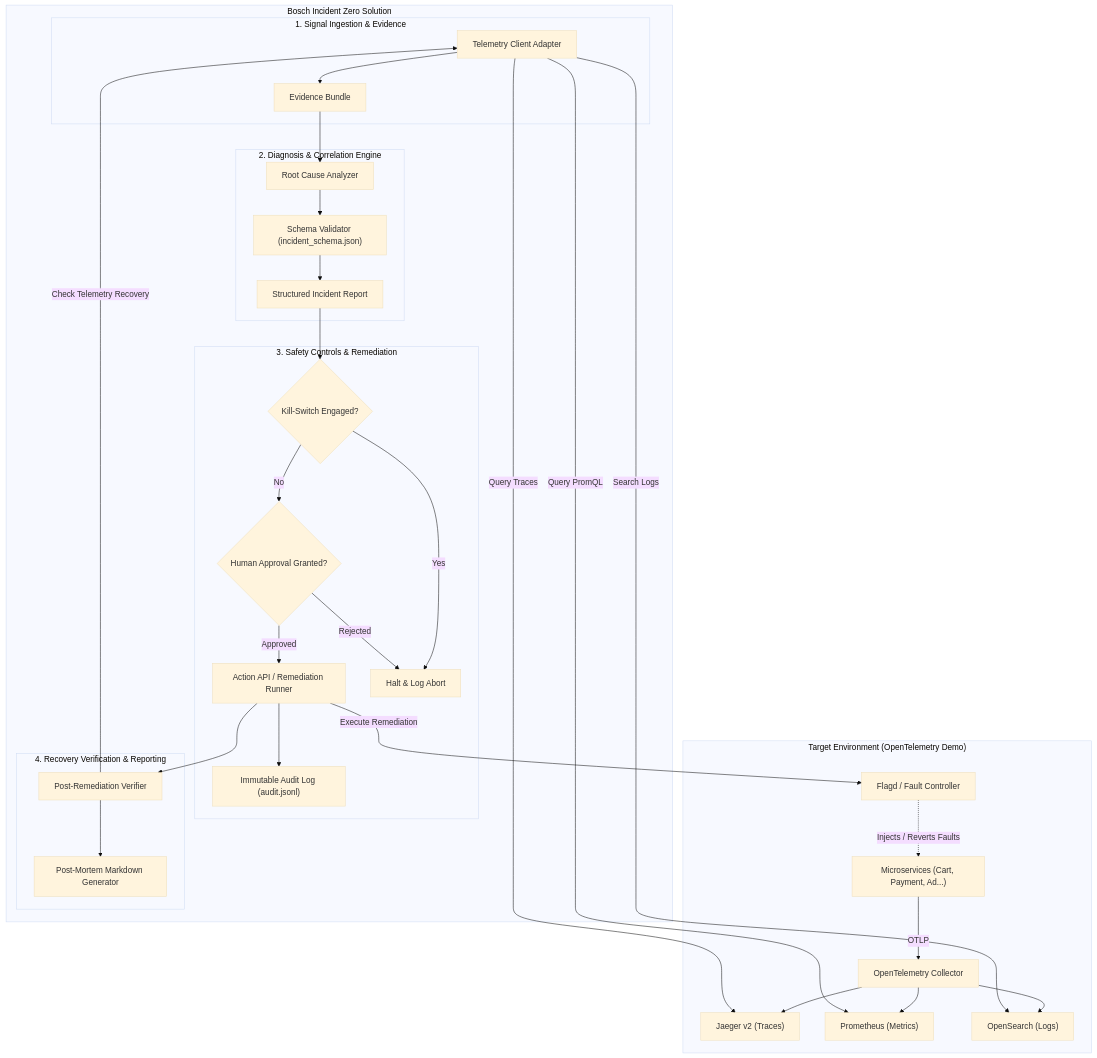
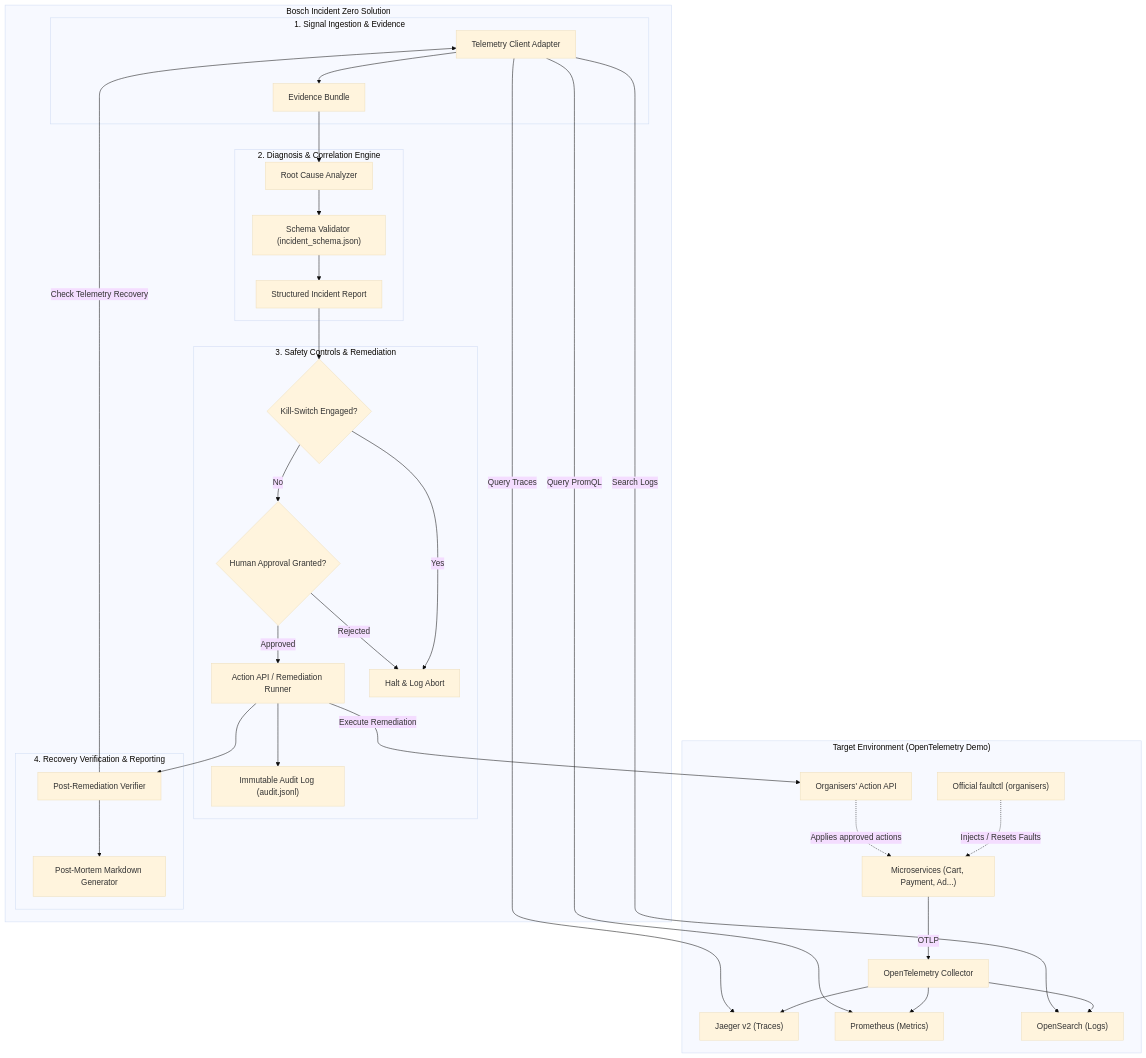
Before and after one commit to open-telemetry/opentelemetry-demo: the diagram in bosch-incident-zero/docs/ARCHITECTURE.md, drawn with Mermaid (base theme). The commit also changed other lines of this file and 6 other files, not shown here.

First line of the commit message:
Update the README and add the architecture, evaluation and team form docs

````diff
--- a/bosch-incident-zero/docs/ARCHITECTURE.md
+++ b/bosch-incident-zero/docs/ARCHITECTURE.md
@@ -7,60 +7,62 @@
 ```mermaid
 flowchart TD
     subgraph TargetEnv ["Target Environment (OpenTelemetry Demo)"]
         Services["Microservices (Cart, Payment, Ad...)"]
         Collector["OpenTelemetry Collector"]
         Jaeger["Jaeger v2 (Traces)"]
         Prometheus["Prometheus (Metrics)"]
         OpenSearch["OpenSearch (Logs)"]
-        Flagd["Flagd / Fault Controller"]
+        Faultctl["Official faultctl (organisers)"]
+        OrgAPI["Organisers' Action API"]
 
         Services -->|OTLP| Collector
         Collector --> Jaeger
         Collector --> Prometheus
         Collector --> OpenSearch
-        Flagd -.->|Injects / Reverts Faults| Services
+        Faultctl -.->|Injects / Resets Faults| Services
+        OrgAPI -.->|Applies approved actions| Services
     end
 
     subgraph BoschSolution ["Bosch Incident Zero Solution"]
         subgraph Ingestion ["1. Signal Ingestion & Evidence"]
             TClient["Telemetry Client Adapter"]
             TClient -->|Query Traces| Jaeger
             TClient -->|Query PromQL| Prometheus
             TClient -->|Search Logs| OpenSearch
             EB["Evidence Bundle"]
             TClient --> EB
         end
 
         subgraph Analysis ["2. Diagnosis & Correlation Engine"]
             Diag["Root Cause Analyzer"]
             EB --> Diag
             Schema["Schema Validator (incident_schema.json)"]
             Diag --> Schema
             IR["Structured Incident Report"]
             Schema --> IR
         end
 
         subgraph SafetyAndExecution ["3. Safety Controls & Remediation"]
             KillSwitch{"Kill-Switch Engaged?"}
             Gate{"Human Approval Granted?"}
             ActionAPI["Action API / Remediation Runner"]
             AuditLog["Immutable Audit Log (audit.jsonl)"]
 
             IR --> KillSwitch
             KillSwitch -- Yes --> Abort["Halt & Log Abort"]
             KillSwitch -- No --> Gate
             Gate -- Rejected --> Abort
             Gate -- Approved --> ActionAPI
-            ActionAPI -->|Execute Remediation| Flagd
+            ActionAPI -->|Execute Remediation| OrgAPI
             ActionAPI --> AuditLog
         end
 
         subgraph PostVerification ["4. Recovery Verification & Reporting"]
             Verify["Post-Remediation Verifier"]
             ActionAPI --> Verify
             Verify -->|Check Telemetry Recovery| TClient
             PostMortem["Post-Mortem Markdown Generator"]
             Verify --> PostMortem
         end
     end
 ```
````
